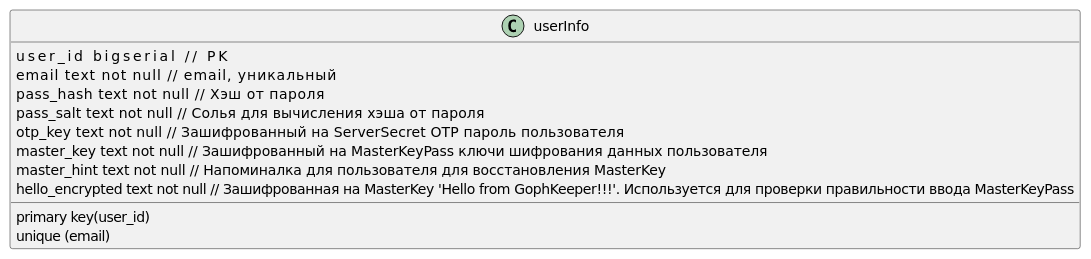
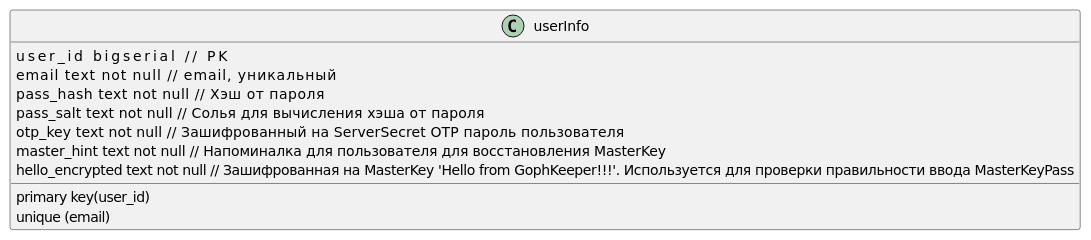
Before and after one commit to StasMerzlyakov/gophkeeper: the diagram in adr/adr_003_statefull_structure.md, drawn with PlantUML. The commit also changed 7 other files, not shown here.

Commit message:
продолжаю убирать masterKey

````diff
--- a/adr/adr_003_statefull_structure.md
+++ b/adr/adr_003_statefull_structure.md
@@ -11,16 +11,15 @@
 ```plantuml
 @startuml
 class userInfo{
     user_id bigserial                   //  PK
 	email text not null                // email, уникальный
 	pass_hash text not null            // Хэш от пароля
 	pass_salt text not null            // Солья для вычисления хэша от пароля
 	otp_key text not null              // Зашифрованный на ServerSecret OTP пароль пользователя
-	master_key text not null           // Зашифрованный на MasterKeyPass ключи шифрования данных пользователя
 	master_hint text not null          // Напоминалка для пользователя для восстановления MasterKey
 	hello_encrypted text not null      // Зашифрованная на MasterKey 'Hello from GophKeeper!!!'. Используется для проверки правильности ввода MasterKeyPass
 	primary key(user_id)
     unique (email)
 }
 @enduml
 ```
````
